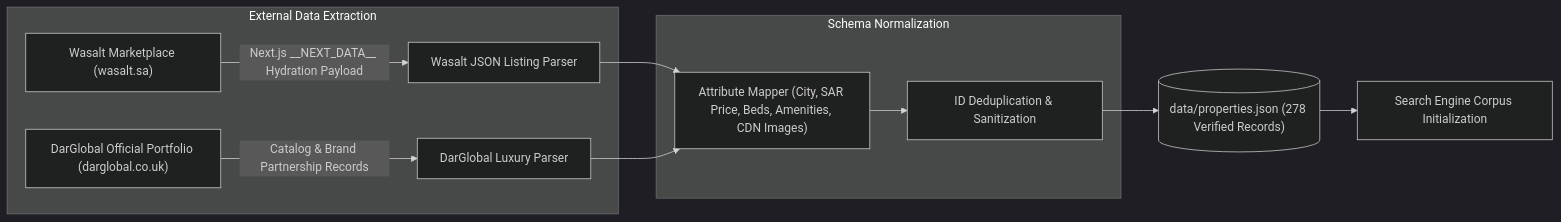
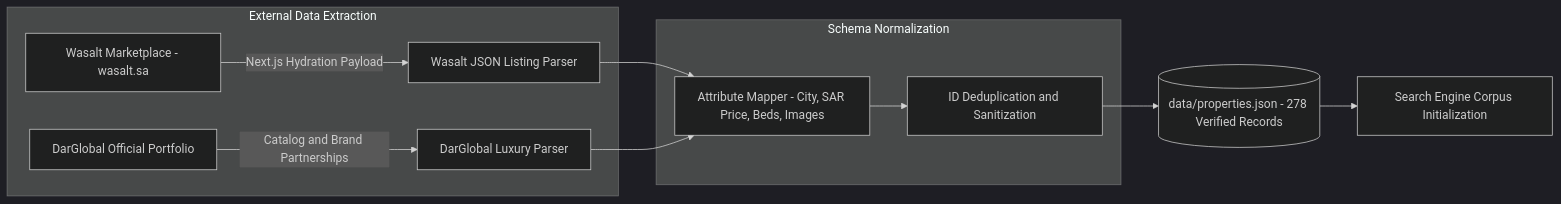
One commit to jackyToras/darglobal-ai changed the second of 6 diagrams in DESIGN.md. Above: the diagram before and after it, drawn with Mermaid (dark theme). The commit also changed other lines of this file, not shown here.

Commit message:
sanitize Mermaid diagram labels and characters for seamless GitHub markdown rendering

````diff
--- a/DESIGN.md
+++ b/DESIGN.md
@@ -63,16 +70,16 @@
 ```mermaid
 flowchart LR
     subgraph DataSources ["External Data Extraction"]
-        W1["Wasalt Marketplace (wasalt.sa)"] -->|Next.js __NEXT_DATA__ Hydration Payload| WParser["Wasalt JSON Listing Parser"]
-        D1["DarGlobal Official Portfolio (darglobal.co.uk)"] -->|Catalog & Brand Partnership Records| DParser["DarGlobal Luxury Parser"]
+        W1["Wasalt Marketplace - wasalt.sa"] -->|Next.js Hydration Payload| WParser["Wasalt JSON Listing Parser"]
+        D1["DarGlobal Official Portfolio"] -->|Catalog and Brand Partnerships| DParser["DarGlobal Luxury Parser"]
     end
 
     subgraph NormalizationPipeline ["Schema Normalization"]
-        WParser --> Transform["Attribute Mapper (City, SAR Price, Beds, Amenities, CDN Images)"]
+        WParser --> Transform["Attribute Mapper - City, SAR Price, Beds, Images"]
         DParser --> Transform
-        Transform --> Dedupe["ID Deduplication & Sanitization"]
+        Transform --> Dedupe["ID Deduplication and Sanitization"]
     end
 
-    Dedupe --> Store[("data/properties.json (278 Verified Records)")]
+    Dedupe --> Store[("data/properties.json - 278 Verified Records")]
     Store --> IndexInit["Search Engine Corpus Initialization"]
 ```
````
